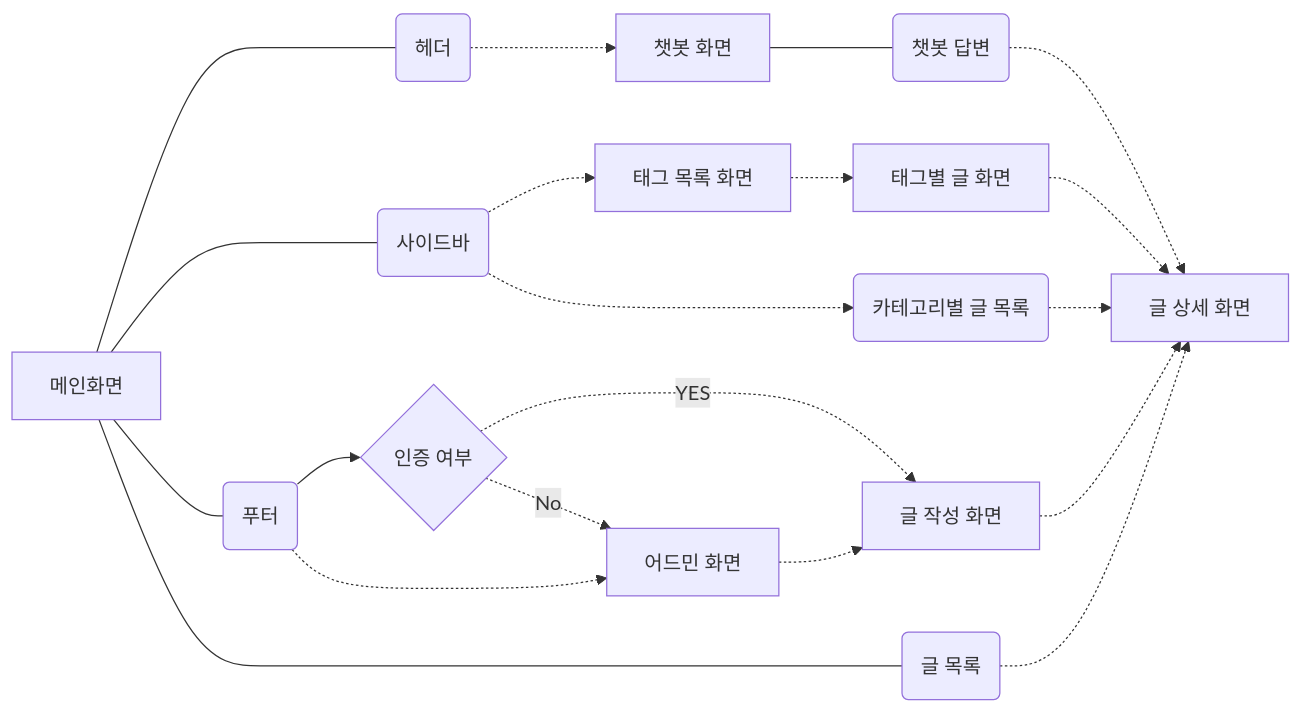
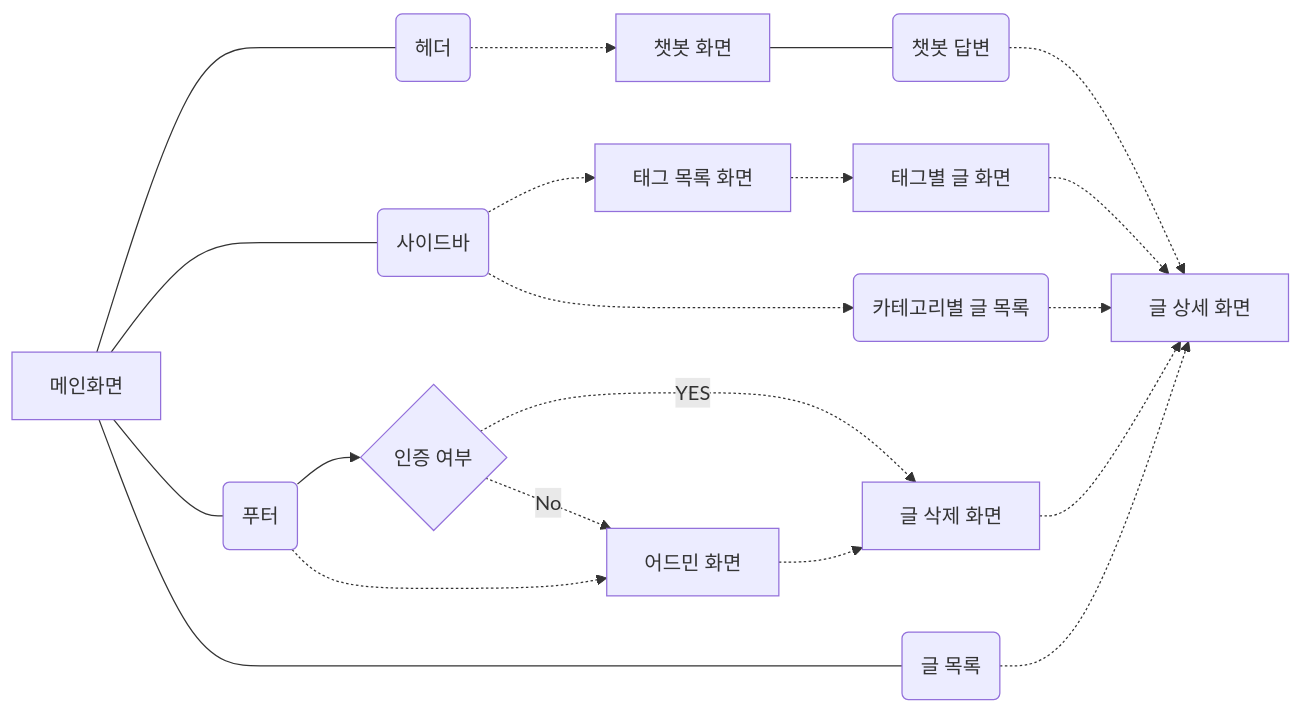
The first of 2 diagrams in README.md (toris-dev/Toris_Blog), drawn with Mermaid before and after one commit. The commit also changed other lines of this file, not shown here.

````diff
--- a/README.md
+++ b/README.md
@@ -5,34 +5,34 @@
 ```mermaid
 flowchart LR
   Home[메인화면]
   SideBar(사이드바)
   Header(헤더)
   Footer(푸터)
   List(글 목록)
 
   Home --- Header
   Home --- Footer
   Home --- SideBar
   Home --- List
 
-  Create[글 작성 화면]
+  Delete[글 삭제 화면]
   Admin[어드민 화면]
   Chatbot[챗봇 화면]
   ChatbotResult(챗봇 답변)
   Detail[글 상세 화면]
 
   Authorize{인증 여부}
 
   TagList[태그 목록 화면]
   Tag[태그별 글 화면]
   Category(카테고리별 글 목록)
 
   Header -.-> Chatbot --- ChatbotResult -.-> Detail
   SideBar -.-> TagList -.-> Tag -.-> Detail
   SideBar -.-> Category -.-> Detail
-  Footer --> Authorize -.->|YES|Create -.-> Detail
+  Footer --> Authorize -.->|YES|Delete -.-> Detail
   Authorize -.->|No|Admin
-  Footer -.-> Admin -.-> Create
+  Footer -.-> Admin -.-> Delete
 
   List -.-> Detail
 ```
````
